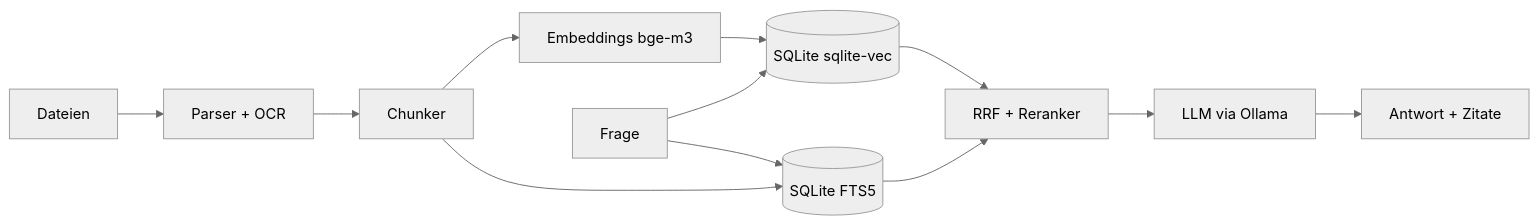
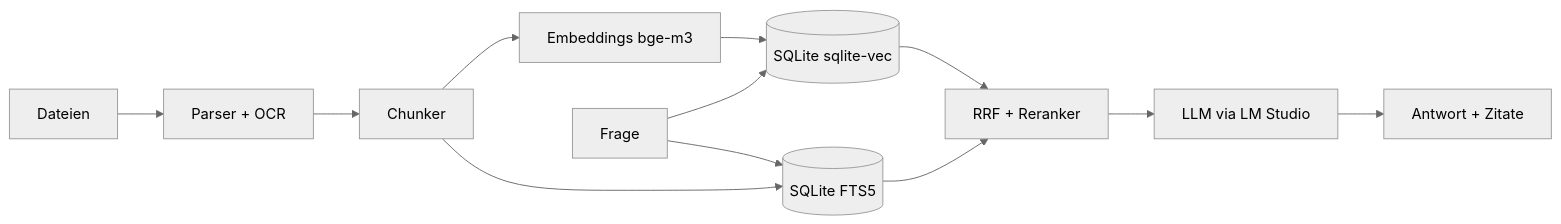
The diagram in README.md (Dualshok3/localRAG), drawn with Mermaid (neutral theme) before and after one commit. The commit also changed other lines of this file and 9 other files, not shown here.

First line of the commit message:
feat: answer questions with citations via OpenAI-compatible LLM (LM Studio)

````diff
--- a/README.md
+++ b/README.md
@@ -71,7 +88,7 @@
 ```mermaid
 flowchart LR
     F[Dateien] --> P[Parser + OCR] --> C[Chunker] --> E[Embeddings bge-m3]
     E --> V[(SQLite sqlite-vec)]
     C --> B[(SQLite FTS5)]
-    Q[Frage] --> V & B --> R[RRF + Reranker] --> L[LLM via Ollama] --> A[Antwort + Zitate]
+    Q[Frage] --> V & B --> R[RRF + Reranker] --> L[LLM via LM Studio] --> A[Antwort + Zitate]
 ```
````
